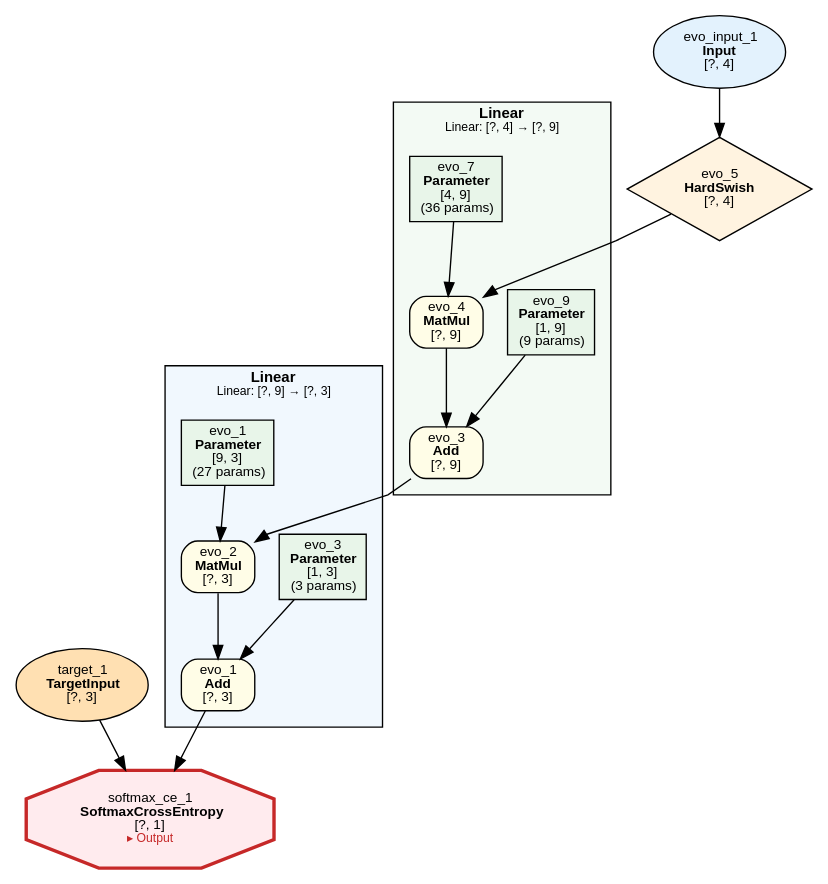
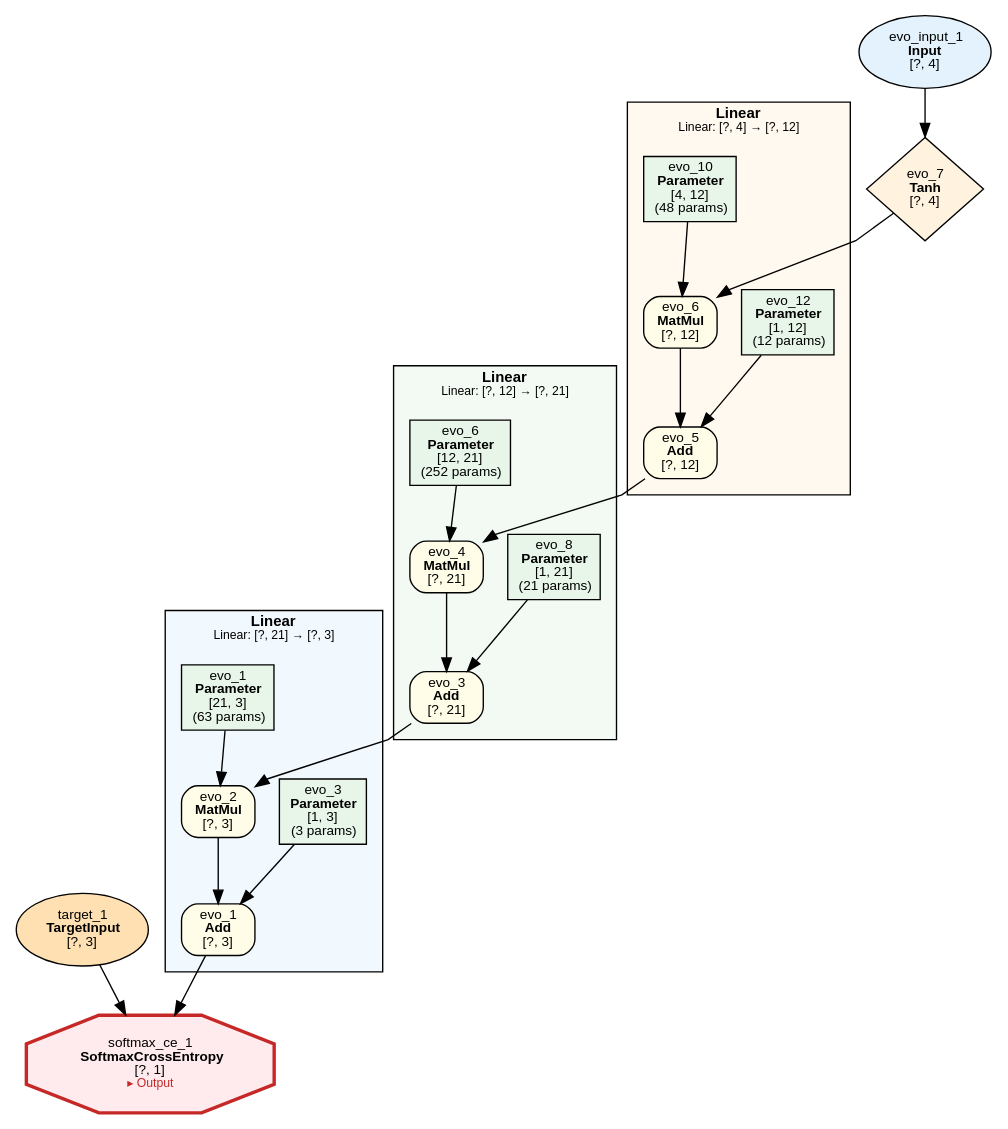
Before and after one commit to dbsxdbsx/only_torch: the diagram in examples/evolution/iris/evolution_iris.dot, drawn with Graphviz. The commit also changed 21 other files, not shown here.

```diff
--- a/examples/evolution/iris/evolution_iris.dot
+++ b/examples/evolution/iris/evolution_iris.dot
@@ -1,50 +1,67 @@
 digraph ComputeGraph {
     rankdir=TB;
     newrank=true;
     splines=polyline;
     node [fontname="Microsoft YaHei,SimHei,Arial"];
     edge [fontname="Microsoft YaHei,SimHei,Arial"];
 
     subgraph cluster_group_linear_0 {
-        label=<<B>Linear</B><BR/><FONT POINT-SIZE="9">Linear: [?, 9] → [?, 3]</FONT>>;
+        label=<<B>Linear</B><BR/><FONT POINT-SIZE="9">Linear: [?, 21] → [?, 3]</FONT>>;
         style=filled;
         fillcolor="#E3F2FD80";
         fontname="Microsoft YaHei,SimHei,Arial";
         fontsize=11;
         margin=12;
             "2" [label=<evo_1<BR/><B>Add</B><BR/>[?, 3]> shape=box style="filled,rounded" fillcolor="#FFFDE7" fontsize=10];
             "4" [label=<evo_2<BR/><B>MatMul</B><BR/>[?, 3]> shape=box style="filled,rounded" fillcolor="#FFFDE7" fontsize=10];
             "5" [label=<evo_3<BR/><B>Parameter</B><BR/>[1, 3]<BR/>(3 params)> shape=box style=filled fillcolor="#E8F5E9" fontsize=10];
-            "7" [label=<evo_1<BR/><B>Parameter</B><BR/>[9, 3]<BR/>(27 params)> shape=box style=filled fillcolor="#E8F5E9" fontsize=10];
+            "7" [label=<evo_1<BR/><B>Parameter</B><BR/>[21, 3]<BR/>(63 params)> shape=box style=filled fillcolor="#E8F5E9" fontsize=10];
     }
 
     subgraph cluster_group_linear_1 {
-        label=<<B>Linear</B><BR/><FONT POINT-SIZE="9">Linear: [?, 4] → [?, 9]</FONT>>;
+        label=<<B>Linear</B><BR/><FONT POINT-SIZE="9">Linear: [?, 12] → [?, 21]</FONT>>;
         style=filled;
         fillcolor="#E8F5E980";
         fontname="Microsoft YaHei,SimHei,Arial";
         fontsize=11;
         margin=12;
-            "6" [label=<evo_3<BR/><B>Add</B><BR/>[?, 9]> shape=box style="filled,rounded" fillcolor="#FFFDE7" fontsize=10];
-            "8" [label=<evo_4<BR/><B>MatMul</B><BR/>[?, 9]> shape=box style="filled,rounded" fillcolor="#FFFDE7" fontsize=10];
-            "9" [label=<evo_9<BR/><B>Parameter</B><BR/>[1, 9]<BR/>(9 params)> shape=box style=filled fillcolor="#E8F5E9" fontsize=10];
-            "11" [label=<evo_7<BR/><B>Parameter</B><BR/>[4, 9]<BR/>(36 params)> shape=box style=filled fillcolor="#E8F5E9" fontsize=10];
+            "6" [label=<evo_3<BR/><B>Add</B><BR/>[?, 21]> shape=box style="filled,rounded" fillcolor="#FFFDE7" fontsize=10];
+            "8" [label=<evo_4<BR/><B>MatMul</B><BR/>[?, 21]> shape=box style="filled,rounded" fillcolor="#FFFDE7" fontsize=10];
+            "9" [label=<evo_8<BR/><B>Parameter</B><BR/>[1, 21]<BR/>(21 params)> shape=box style=filled fillcolor="#E8F5E9" fontsize=10];
+            "11" [label=<evo_6<BR/><B>Parameter</B><BR/>[12, 21]<BR/>(252 params)> shape=box style=filled fillcolor="#E8F5E9" fontsize=10];
+    }
+
+    subgraph cluster_group_linear_2 {
+        label=<<B>Linear</B><BR/><FONT POINT-SIZE="9">Linear: [?, 4] → [?, 12]</FONT>>;
+        style=filled;
+        fillcolor="#FFF3E080";
+        fontname="Microsoft YaHei,SimHei,Arial";
+        fontsize=11;
+        margin=12;
+            "10" [label=<evo_5<BR/><B>Add</B><BR/>[?, 12]> shape=box style="filled,rounded" fillcolor="#FFFDE7" fontsize=10];
+            "12" [label=<evo_6<BR/><B>MatMul</B><BR/>[?, 12]> shape=box style="filled,rounded" fillcolor="#FFFDE7" fontsize=10];
+            "13" [label=<evo_12<BR/><B>Parameter</B><BR/>[1, 12]<BR/>(12 params)> shape=box style=filled fillcolor="#E8F5E9" fontsize=10];
+            "15" [label=<evo_10<BR/><B>Parameter</B><BR/>[4, 12]<BR/>(48 params)> shape=box style=filled fillcolor="#E8F5E9" fontsize=10];
     }
 
     "1" [label=<softmax_ce_1<BR/><B>SoftmaxCrossEntropy</B><BR/>[?, 1]<BR/><FONT COLOR="#C62828" POINT-SIZE="9">▸ Output</FONT>> shape=octagon style=filled fillcolor="#FFEBEE" fontsize=10 penwidth=2.5 color="#C62828"];
     "3" [label=<target_1<BR/><B>TargetInput</B><BR/>[?, 3]> shape=ellipse style=filled fillcolor="#FFE0B2" fontsize=10];
-    "10" [label=<evo_5<BR/><B>HardSwish</B><BR/>[?, 4]> shape=diamond style=filled fillcolor="#FFF3E0" fontsize=10];
-    "12" [label=<evo_input_1<BR/><B>Input</B><BR/>[?, 4]> shape=ellipse style=filled fillcolor="#E3F2FD" fontsize=10];
+    "14" [label=<evo_7<BR/><B>Tanh</B><BR/>[?, 4]> shape=diamond style=filled fillcolor="#FFF3E0" fontsize=10];
+    "16" [label=<evo_input_1<BR/><B>Input</B><BR/>[?, 4]> shape=ellipse style=filled fillcolor="#E3F2FD" fontsize=10];
 
     "2" -> "1";
     "3" -> "1";
     "4" -> "2";
     "5" -> "2";
     "6" -> "4";
     "7" -> "4";
     "8" -> "6";
     "9" -> "6";
     "10" -> "8";
     "11" -> "8";
     "12" -> "10";
+    "13" -> "10";
+    "14" -> "12";
+    "15" -> "12";
+    "16" -> "14";
 }
```
